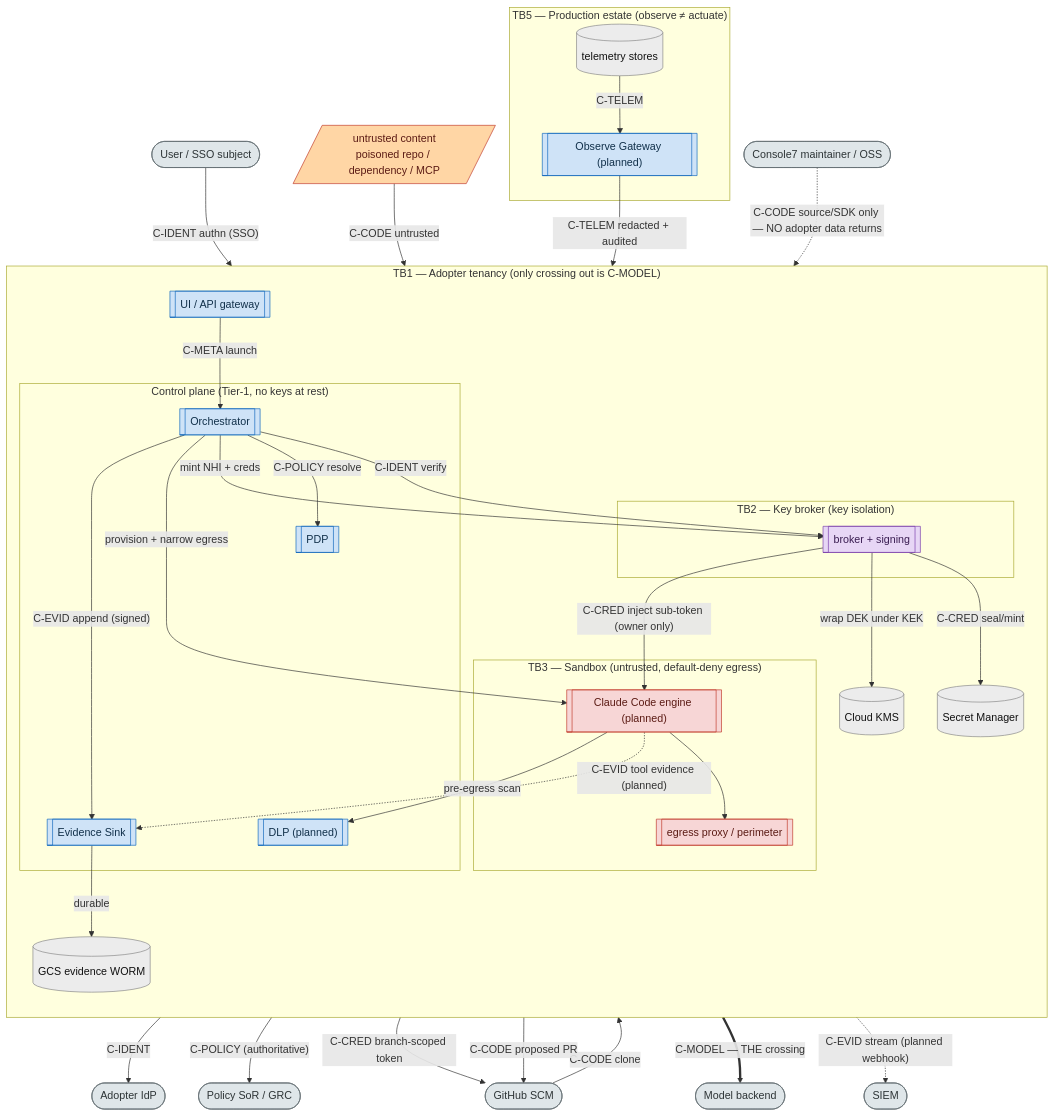
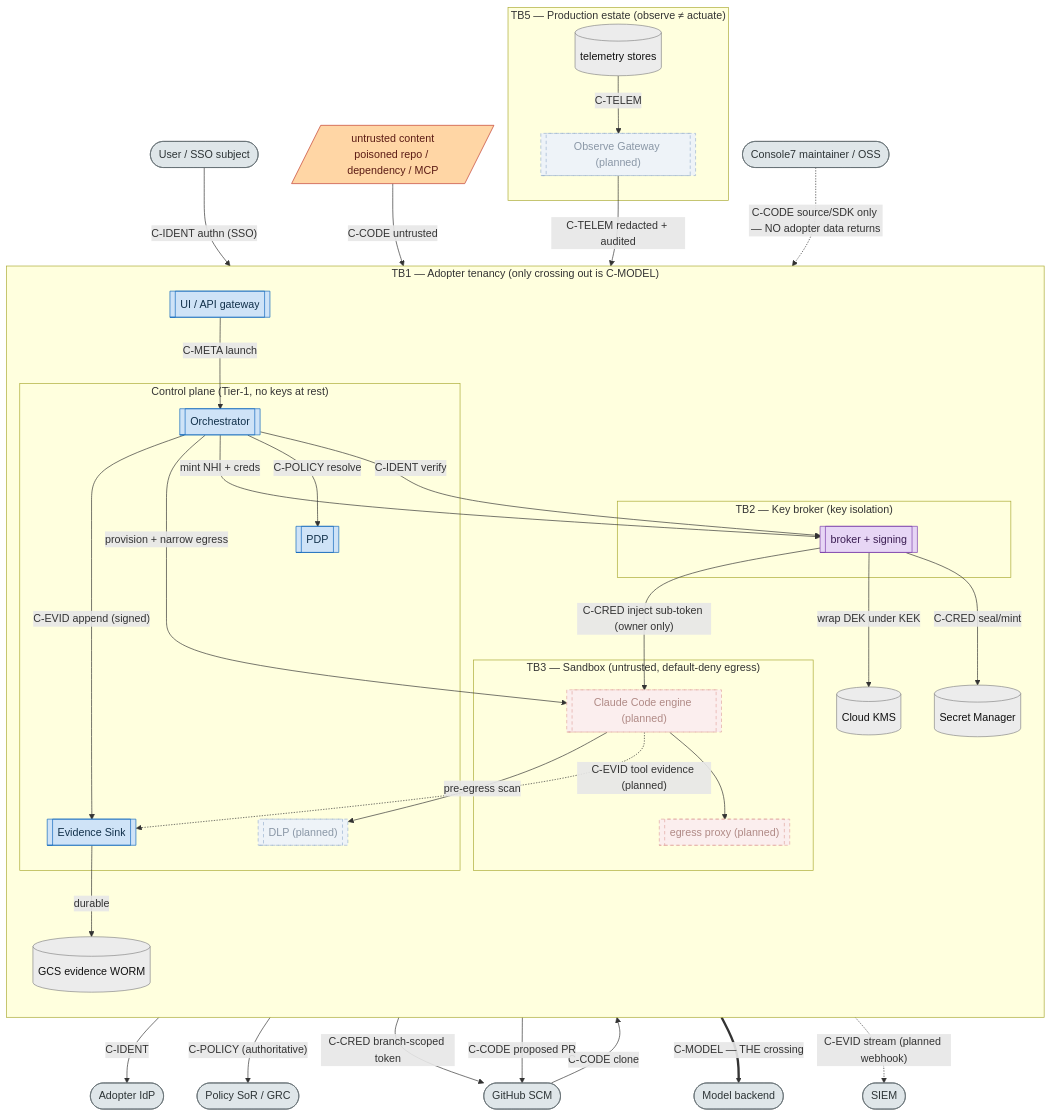
One commit to console7/console7 changed the diagram in docs/architecture/06-data-flow-trust-boundaries.md. Above: the diagram before and after it, drawn with Mermaid. The commit also changed other lines of this file and 5 other files, not shown here.

````diff
--- a/docs/architecture/06-data-flow-trust-boundaries.md
+++ b/docs/architecture/06-data-flow-trust-boundaries.md
@@ -24,76 +26,79 @@
 ```mermaid
 flowchart TB
   USER([User / SSO subject])
   UNTRUST[/"untrusted content<br/>poisoned repo / dependency / MCP"/]
   IDP([Adopter IdP])
   GH([GitHub SCM])
   SORX([Policy SoR / GRC])
   SIEMX([SIEM])
   MODEL([Model backend])
   MAINT([Console7 maintainer / OSS])
 
   subgraph TEN["TB1 — Adopter tenancy (only crossing out is C-MODEL)"]
     direction TB
     UI[["UI / API gateway"]]
     subgraph CPZ["Control plane (Tier-1, no keys at rest)"]
       ORC[["Orchestrator"]]
       PDPp[["PDP"]]
       EVp[["Evidence Sink"]]
       DLPp[["DLP (planned)"]]
     end
     subgraph KBZ["TB2 — Key broker (key isolation)"]
       BRKp[["broker + signing"]]
     end
     subgraph DPZ["TB3 — Sandbox (untrusted, default-deny egress)"]
       ENGp[["Claude Code engine (planned)"]]
-      PRX[["egress proxy / perimeter"]]
+      PRX[["egress proxy (planned)"]]
     end
     SMs[("Secret Manager")]
     KMSs[("Cloud KMS")]
     EVs[("GCS evidence WORM")]
   end
 
   subgraph PROD["TB5 — Production estate (observe ≠ actuate)"]
     OGp[["Observe Gateway (planned)"]]
     TELs[("telemetry stores")]
   end
 
   USER -->|"C-IDENT authn (SSO)"| UI
   UI -->|"C-META launch"| ORC
   ORC -->|"C-IDENT verify"| BRKp
   BRKp -->|"C-IDENT"| IDP
   ORC -->|"C-POLICY resolve"| PDPp
   PDPp -->|"C-POLICY (authoritative)"| SORX
   ORC -->|"mint NHI + creds"| BRKp
   BRKp -->|"C-CRED seal/mint"| SMs
   BRKp -->|"wrap DEK under KEK"| KMSs
   BRKp -->|"C-CRED branch-scoped token"| GH
   ORC -->|"provision + narrow egress"| ENGp
   BRKp -->|"C-CRED inject sub-token (owner only)"| ENGp
   UNTRUST -->|"C-CODE untrusted"| ENGp
   GH -->|"C-CODE clone"| ENGp
   ENGp --> PRX
   PRX ==>|"C-MODEL — THE crossing"| MODEL
   ENGp -->|"C-CODE proposed PR"| GH
   ENGp -.->|"C-EVID tool evidence (planned)"| EVp
   ENGp -->|"pre-egress scan"| DLPp
   ORC -->|"C-EVID append (signed)"| EVp
   EVp -->|"durable"| EVs
   EVp -.->|"C-EVID stream (planned webhook)"| SIEMX
   TELs -->|"C-TELEM"| OGp
   OGp -->|"C-TELEM redacted + audited"| ORC
   MAINT -.->|"C-CODE source/SDK only — NO adopter data returns"| TEN
 
   classDef proc fill:#cfe3f7,stroke:#1168bd,color:#11304a;
+  classDef procPlan fill:#eef3f8,stroke:#9bb3cf,color:#8a97a6,stroke-dasharray:5 4;
   classDef broker fill:#e7d6f5,stroke:#7b3fab,color:#3a1d52;
-  classDef dp fill:#f7d6d6,stroke:#c0392b,color:#5b1b14;
+  classDef dpPlan fill:#fbeeee,stroke:#e2a7a1,color:#b08a86,stroke-dasharray:5 4;
   classDef store fill:#ececec,stroke:#888,color:#111;
   classDef ext fill:#dfe6e9,stroke:#636e72,color:#2d3436;
   classDef danger fill:#ffd6a5,stroke:#c0392b,color:#5b1b14;
-  class UI,ORC,PDPp,EVp,DLPp,OGp proc;
+  %% faded + dashed = target state (not yet coded & landed); solid = implemented & landed
+  class UI,ORC,PDPp,EVp proc;
+  class DLPp,OGp procPlan;
   class BRKp broker;
-  class ENGp,PRX dp;
+  class ENGp,PRX dpPlan;
   class SMs,KMSs,EVs,TELs store;
   class USER,IDP,GH,SORX,SIEMX,MODEL,MAINT ext;
   class UNTRUST danger;
 ```
````
